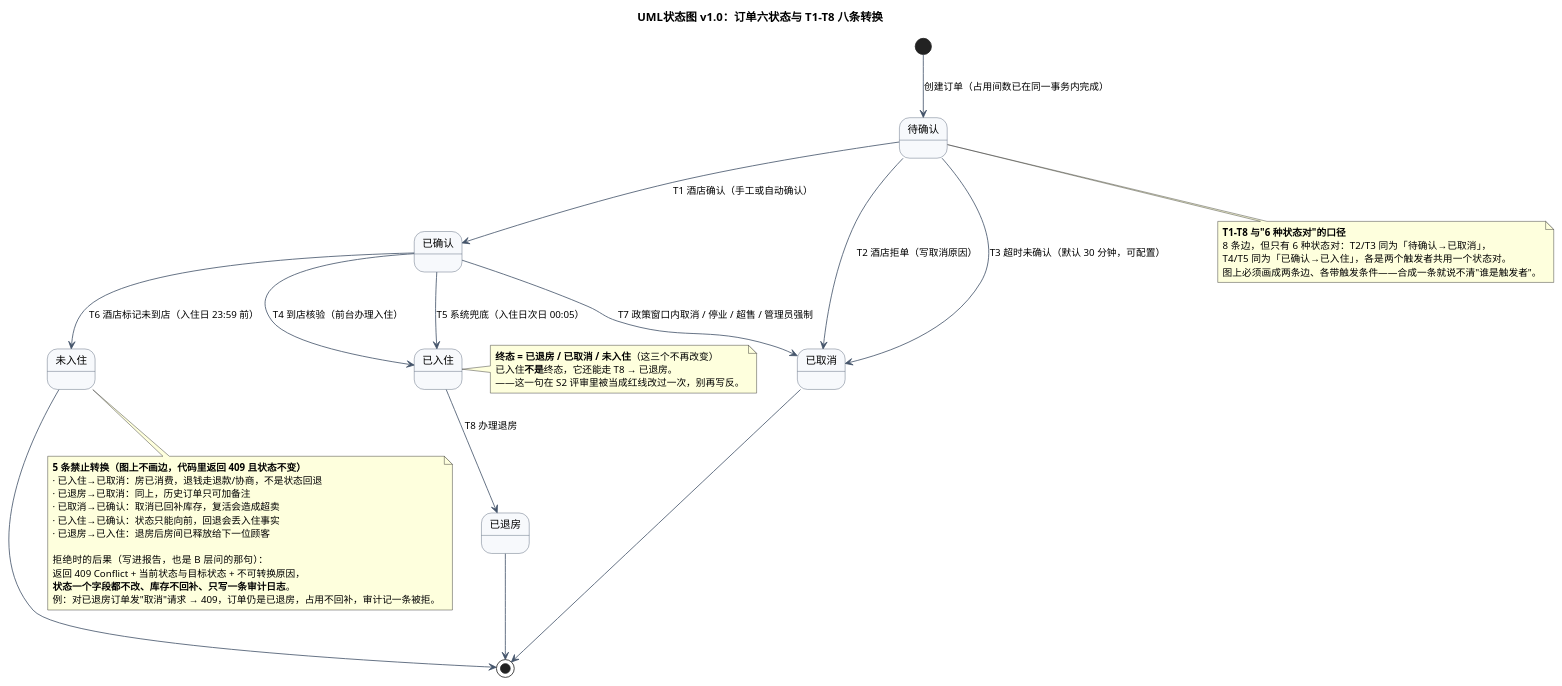
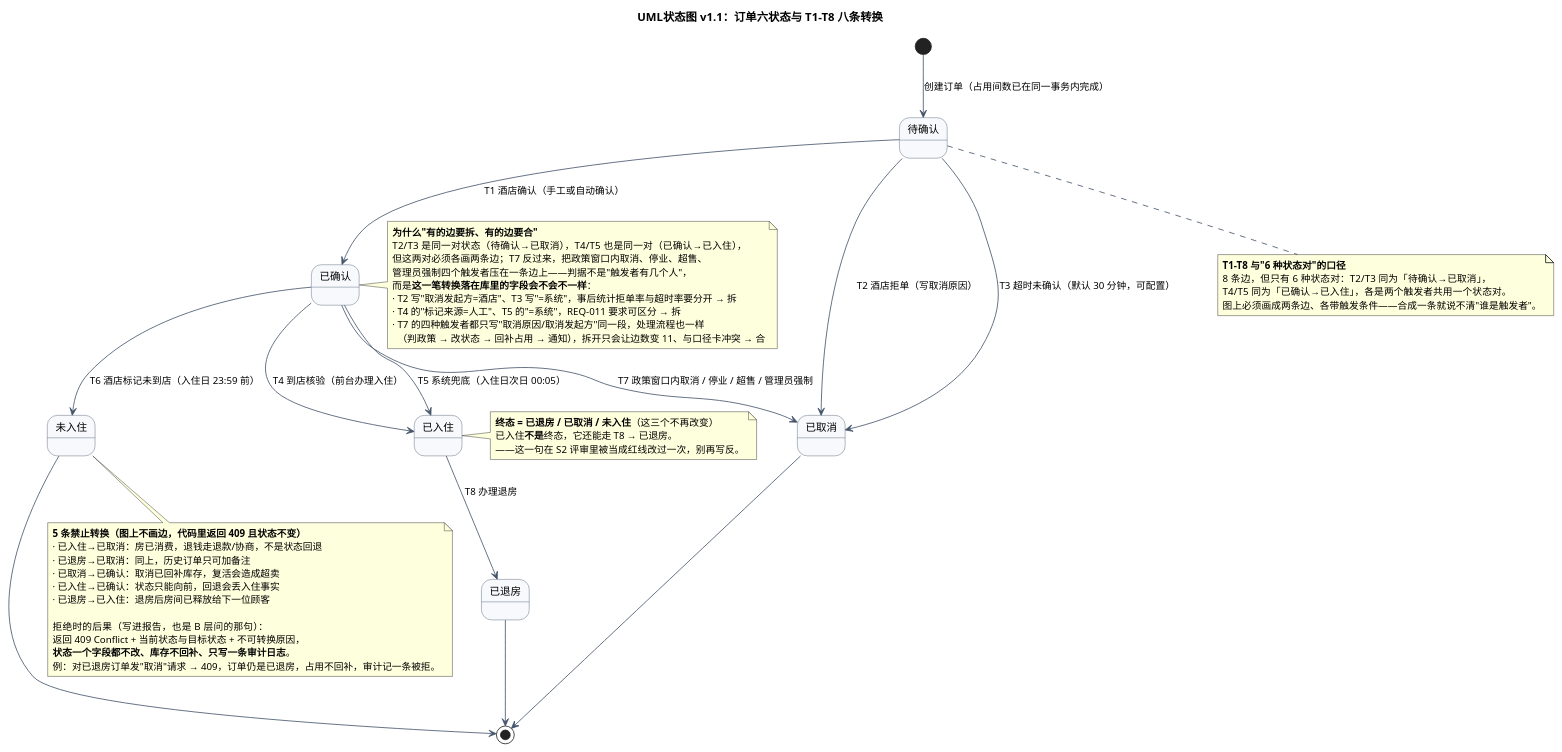
One commit to ChenYiFanAccount/softeng-lab1-requirements changed the diagram in exp2/UML/UML状态图.puml. Above: the diagram before and after it, drawn with PlantUML.

Commit message:
[人工] S3 状态图补充：说明已取消订单为什么只能重新下单而不能复活

```diff
--- a/exp2/UML/UML状态图.puml
+++ b/exp2/UML/UML状态图.puml
@@ -1,71 +1,83 @@
 @startuml
-' 版本：v1.0（2026-11-12，S3 行为图）
+' 版本：v1.0（2026-11-12，S3 行为图 人工复核后补 T7 合并理由）
 ' 口径来源：exp2/设计基线/01_术语与追溯.md §2（六状态字典 + T1–T8 + 5 条禁止转换）、
 '           exp2/设计基线/03_数据设计.md §2.6（订单状态字段）
 ' 硬约束：状态 = 6 个，带触发的转换边 = 8 条（T1–T8），与口径卡"8 条边 / 6 种状态对"逐条一致；
 '         5 条禁止转换画在注释里，不画成边——画成边就等于允许，评审会直接判红线。
-title UML状态图 v1.0：订单六状态与 T1–T8 八条转换
+title UML状态图 v1.1：订单六状态与 T1–T8 八条转换
 
 skinparam shadowing false
 skinparam defaultFontSize 12
 skinparam ArrowColor #44546A
 skinparam state {
   BackgroundColor #F7F9FC
   BorderColor #44546A
   FontSize 13
 }
 
 state "待确认" as PENDING
 state "已确认" as CONFIRMED
 state "已入住" as CHECKED_IN
 state "已退房" as CHECKED_OUT
 state "已取消" as CANCELLED
 state "未入住" as NO_SHOW
 
 [*] --> PENDING : 创建订单（占用间数已在同一事务内完成）
 
 ' ---------- T1–T3：待确认的两条出路 ----------
 PENDING --> CONFIRMED : T1 酒店确认（手工或自动确认）
 PENDING --> CANCELLED : T2 酒店拒单（写取消原因）
 PENDING --> CANCELLED : T3 超时未确认（默认 30 分钟，可配置）
 
 ' ---------- T4–T7：已确认的四条出路 ----------
 CONFIRMED --> CHECKED_IN : T4 到店核验（前台办理入住）
 CONFIRMED --> CHECKED_IN : T5 系统兜底（入住日次日 00:05）
 CONFIRMED --> NO_SHOW : T6 酒店标记未到店（入住日 23:59 前）
 CONFIRMED --> CANCELLED : T7 政策窗口内取消 / 停业 / 超售 / 管理员强制
 
 ' ---------- T8：已入住的唯一出路 ----------
 CHECKED_IN --> CHECKED_OUT : T8 办理退房
 
 CHECKED_OUT --> [*]
 CANCELLED --> [*]
 NO_SHOW --> [*]
 
 note bottom of PENDING
   **T1–T8 与"6 种状态对"的口径**
   8 条边，但只有 6 种状态对：T2/T3 同为「待确认→已取消」，
   T4/T5 同为「已确认→已入住」，各是两个触发者共用一个状态对。
   图上必须画成两条边、各带触发条件——合成一条就说不清"谁是触发者"。
 end note
 
 note right of CHECKED_IN
   **终态 = 已退房 / 已取消 / 未入住**（这三个不再改变）
   已入住**不是**终态，它还能走 T8 → 已退房。
   ——这一句在 S2 评审里被当成红线改过一次，别再写反。
 end note
 
 note bottom of NO_SHOW
   **5 条禁止转换（图上不画边，代码里返回 409 且状态不变）**
   · 已入住→已取消：房已消费，退钱走退款/协商，不是状态回退
   · 已退房→已取消：同上，历史订单只可加备注
   · 已取消→已确认：取消已回补库存，复活会造成超卖
   · 已入住→已确认：状态只能向前，回退会丢入住事实
   · 已退房→已入住：退房后房间已释放给下一位顾客
 
   拒绝时的后果（写进报告，也是 B 层问的那句）：
   返回 409 Conflict + 当前状态与目标状态 + 不可转换原因，
   **状态一个字段都不改、库存不回补、只写一条审计日志**。
   例：对已退房订单发"取消"请求 → 409，订单仍是已退房，占用不回补，审计记一条被拒。
 end note
+
+note right of CONFIRMED
+  **为什么"有的边要拆、有的边要合"**
+  T2/T3 是同一对状态（待确认→已取消），T4/T5 也是同一对（已确认→已入住），
+  但这两对必须各画两条边；T7 反过来，把政策窗口内取消、停业、超售、
+  管理员强制四个触发者压在一条边上——判据不是"触发者有几个人"，
+  而是**这一笔转换落在库里的字段会不会不一样**：
+  · T2 写"取消发起方=酒店"、T3 写"=系统"，事后统计拒单率与超时率要分开 → 拆
+  · T4 的"标记来源=人工"、T5 的"=系统"，REQ-011 要求可区分 → 拆
+  · T7 的四种触发者都只写"取消原因/取消发起方"同一段，处理流程也一样
+    （判政策 → 改状态 → 回补占用 → 通知），拆开只会让边数变 11、与口径卡冲突 → 合
+end note
 @enduml
```
